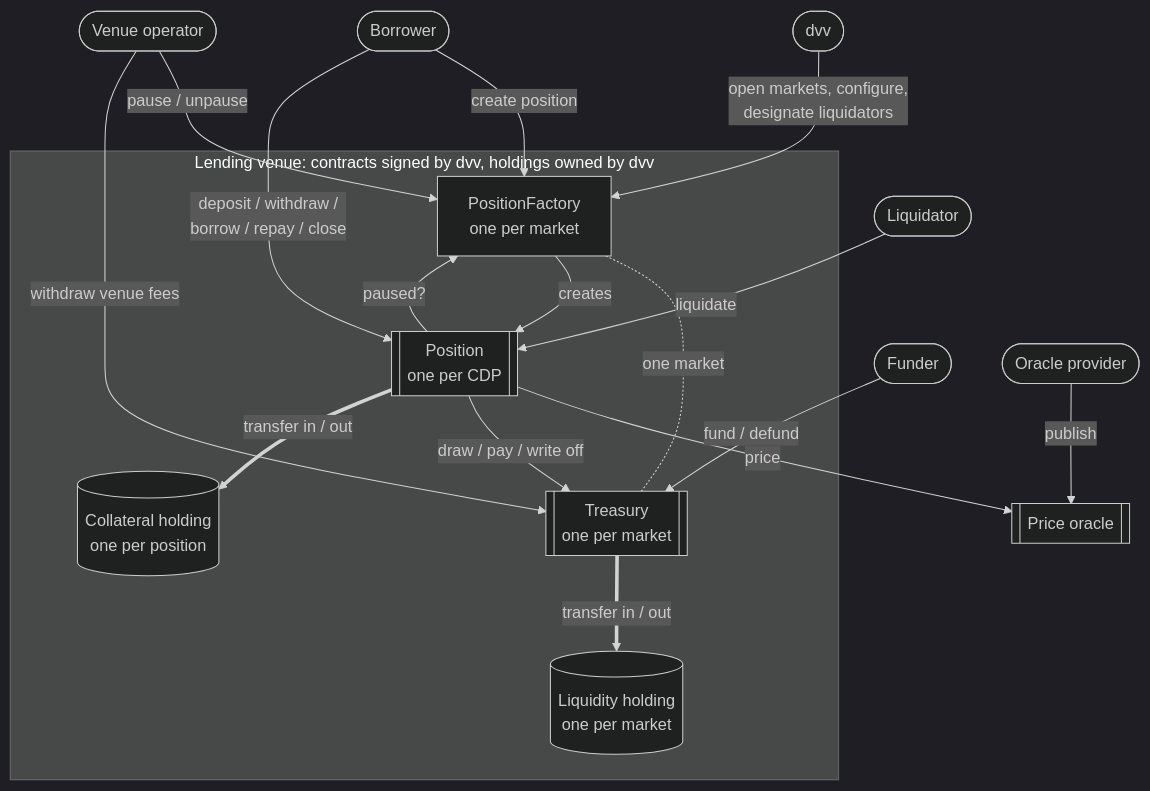
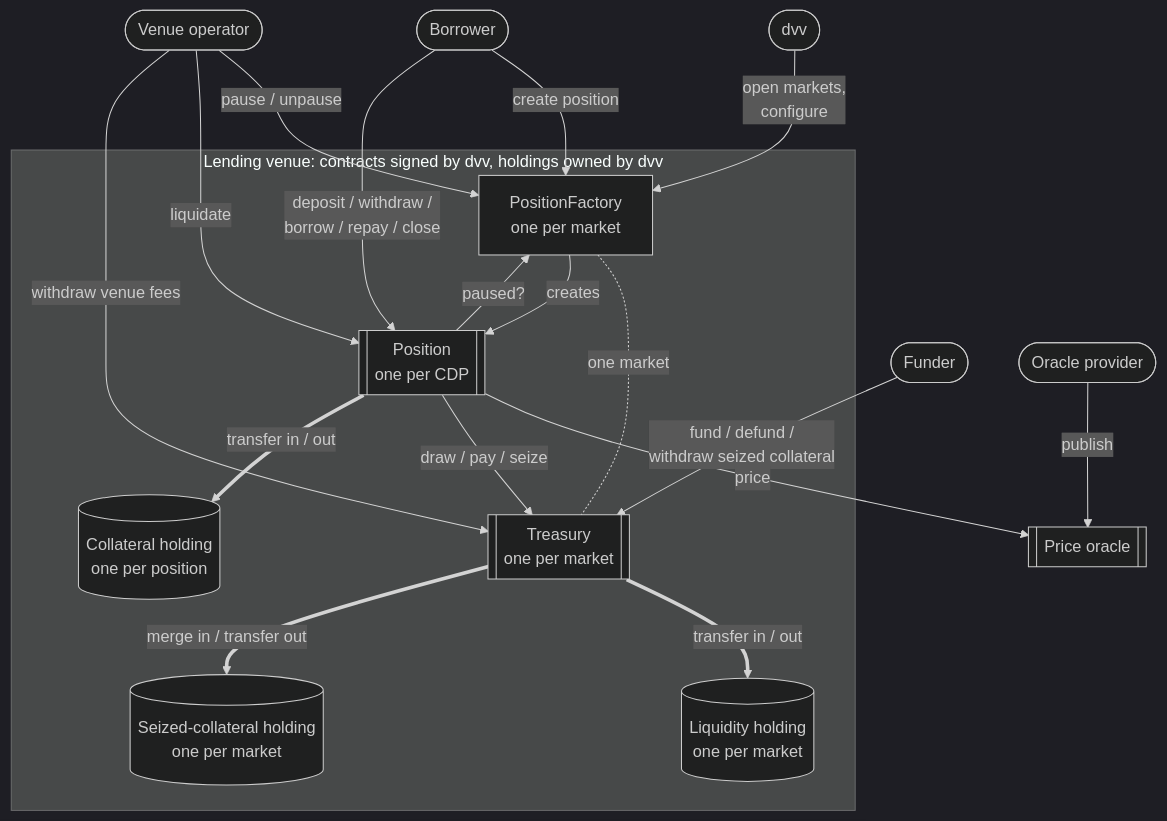
Before and after one commit to OpenZeppelin/canton-specs: the first of 7 diagrams in docs/reference-architectures/lending.md, drawn with Mermaid (dark theme). The commit also changed other lines of this file, not shown here.

Commit message:
Remove liquidators and leave this responsibility with the operator.

````diff
--- a/docs/reference-architectures/lending.md
+++ b/docs/reference-architectures/lending.md
@@ -92,35 +91,36 @@
 ```mermaid
 flowchart TB
     Consortium([dvv])
     Operator([Venue operator])
     Funder([Funder])
     Borrower([Borrower])
-    Liquidator([Liquidator])
     Provider([Oracle provider])
 
     subgraph Target["Lending venue: contracts signed by dvv, holdings owned by dvv"]
         Factory["PositionFactory<br/>one per market"]
         Position[["Position<br/>one per CDP"]]
         Treasury[["Treasury<br/>one per market"]]
         Collateral[("Collateral holding<br/>one per position")]
         Liquidity[("Liquidity holding<br/>one per market")]
+        Seized[("Seized-collateral holding<br/>one per market")]
     end
 
     Oracle[["Price oracle"]]
 
-    Consortium -->|"open markets, configure,<br/>designate liquidators"| Factory
+    Consortium -->|"open markets,<br/>configure"| Factory
     Factory -.-|"one market"| Treasury
     Operator -->|"pause / unpause"| Factory
+    Operator -->|"liquidate"| Position
     Operator -->|"withdraw venue fees"| Treasury
-    Funder -->|"fund / defund"| Treasury
+    Funder -->|"fund / defund /<br/>withdraw seized collateral"| Treasury
     Borrower -->|"create position"| Factory
     Factory -->|"creates"| Position
     Borrower -->|"deposit / withdraw /<br/>borrow / repay / close"| Position
-    Liquidator -->|"liquidate"| Position
     Provider -->|"publish"| Oracle
     Position -->|"paused?"| Factory
     Position -->|"price"| Oracle
-    Position -->|"draw / pay / write off"| Treasury
+    Position -->|"draw / pay / seize"| Treasury
     Position ==>|"transfer in / out"| Collateral
     Treasury ==>|"transfer in / out"| Liquidity
+    Treasury ==>|"merge in / transfer out"| Seized
 ```
````
